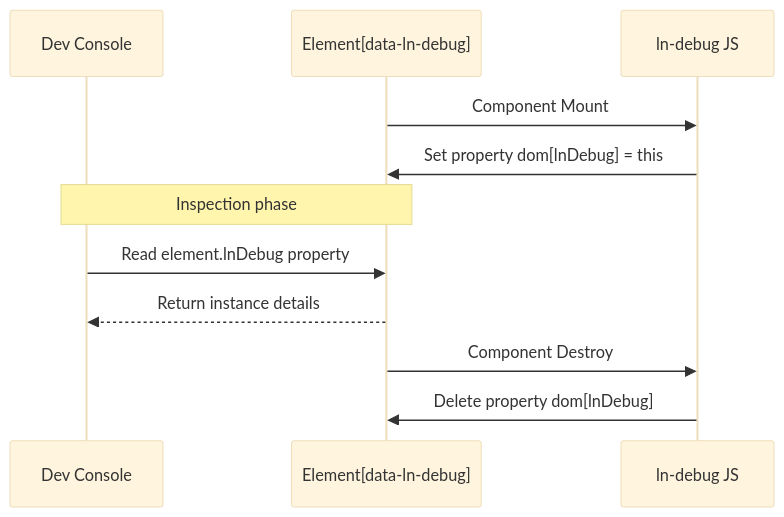
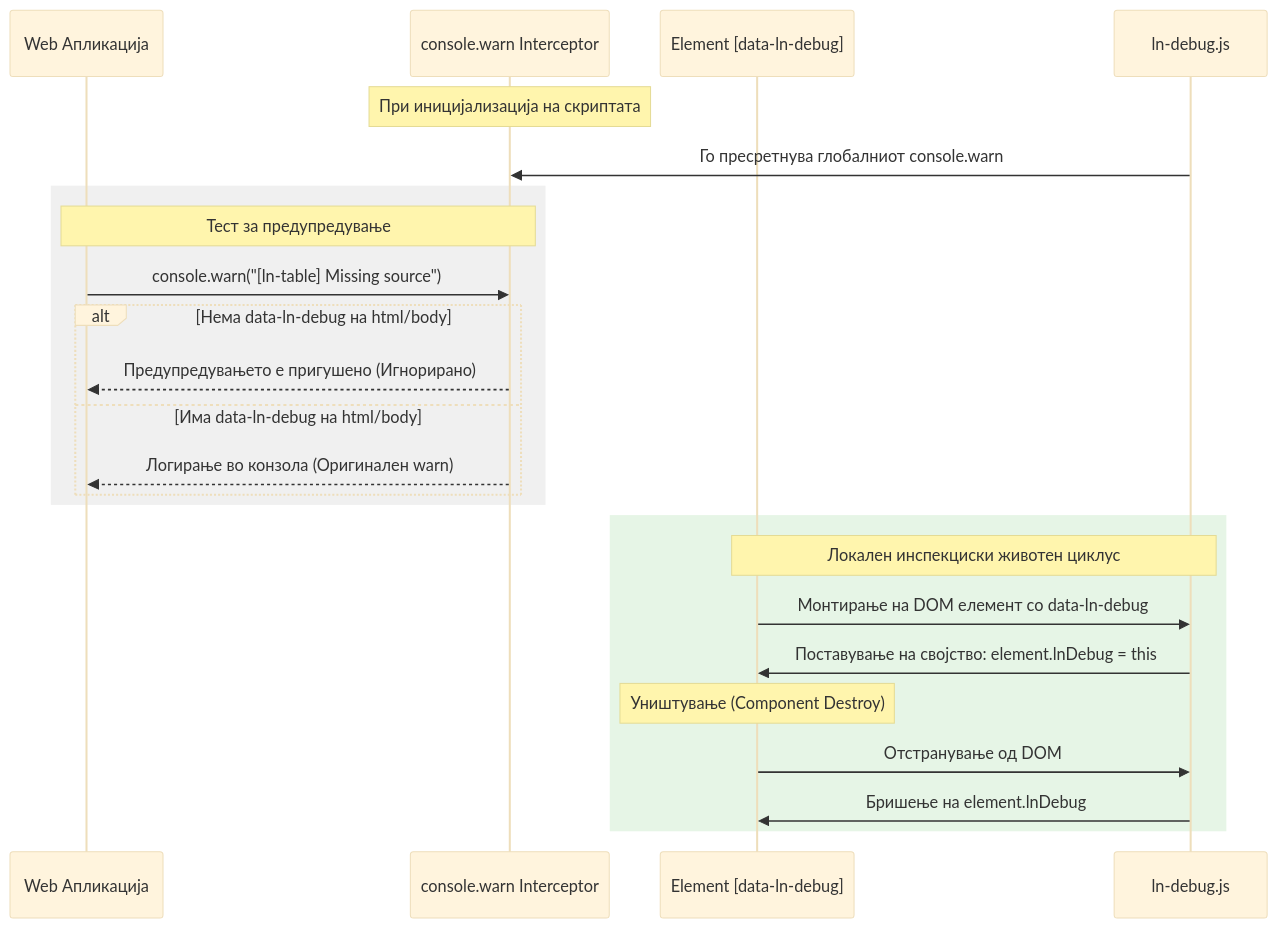
The diagram in architecture_docs_draft/components/ln-debug.md (livenetworks/ln-ashlar), drawn with Mermaid (base theme) before and after one commit. The commit also changed other lines of this file, not shown here.

Commit message:
docs(ln-debug): audit and update component documentation

````diff
--- a/architecture_docs_draft/components/ln-debug.md
+++ b/architecture_docs_draft/components/ln-debug.md
@@ -57,16 +85,29 @@
 ```mermaid
 sequenceDiagram
-    participant Developer as Dev Console
-    participant DOM as Element[data-ln-debug]
-    participant DebugJS as ln-debug JS
+    participant WebApp as Web Апликација
+    participant Console as console.warn Interceptor
+    participant DOM as Element [data-ln-debug]
+    participant DebugJS as ln-debug.js
 
-    DOM->>DebugJS: Component Mount
-    DebugJS->>DOM: Set property dom[lnDebug] = this
+    Note over Console: При иницијализација на скриптата
+    DebugJS->>Console: Го пресретнува глобалниот console.warn
     
-    Note over Developer, DOM: Inspection phase
-    Developer->>DOM: Read element.lnDebug property
-    DOM-->>Developer: Return instance details
-    
-    DOM->>DebugJS: Component Destroy
-    DebugJS->>DOM: Delete property dom[lnDebug]
+    rect rgb(240, 240, 240)
+        Note over WebApp, Console: Тест за предупредување
+        WebApp->>Console: console.warn("[ln-table] Missing source")
+        alt Нема data-ln-debug на html/body
+            Console-->>WebApp: Предупредувањето е пригушено (Игнорирано)
+        else Има data-ln-debug на html/body
+            Console-->>WebApp: Логирање во конзола (Оригинален warn)
+        end
+    end
+
+    rect rgb(230, 245, 230)
+        Note over DOM, DebugJS: Локален инспекциски животен циклус
+        DOM->>DebugJS: Монтирање на DOM елемент со data-ln-debug
+        DebugJS->>DOM: Поставување на својство: element.lnDebug = this
+        Note over DOM: Уништување (Component Destroy)
+        DOM->>DebugJS: Отстранување од DOM
+        DebugJS->>DOM: Бришење на element.lnDebug
+    end
 ```
````
